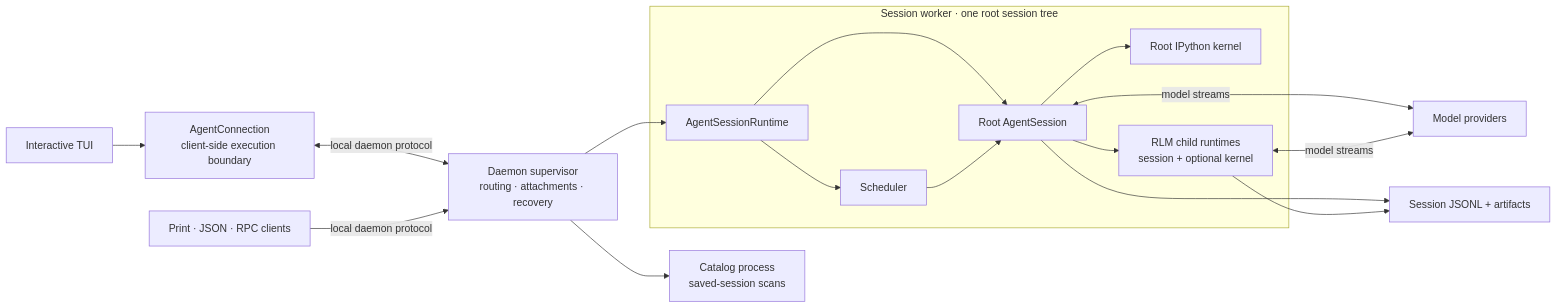
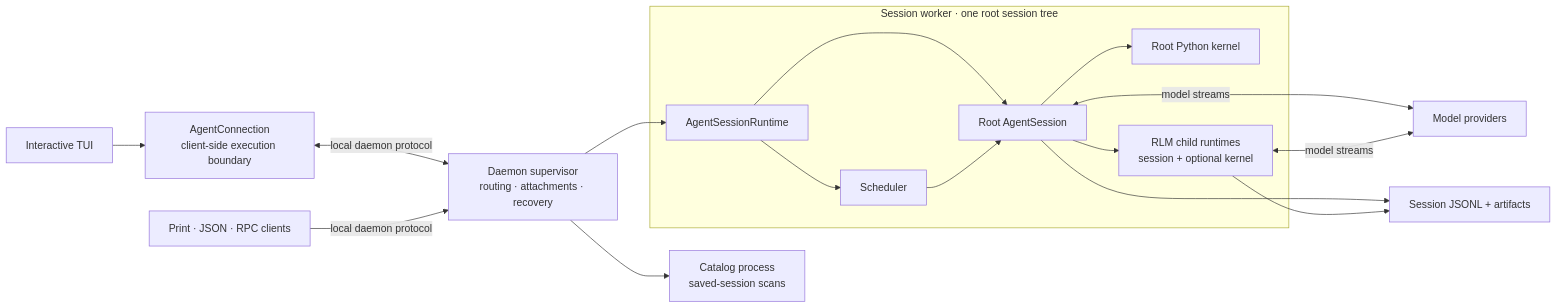
Before and after one commit to Orcein-Labs/Cyan: the first of 2 diagrams in packages/coding-agent/docs/architecture.md, drawn with Mermaid. The commit also changed other lines of this file and 111 other files, not shown here.

````diff
--- a/packages/coding-agent/docs/architecture.md
+++ b/packages/coding-agent/docs/architecture.md
@@ -7,35 +7,35 @@
 ```mermaid
 flowchart LR
     interactive["Interactive TUI"]
     headless["Print · JSON · RPC clients"]
     connection["AgentConnection<br/>client-side execution boundary"]
     supervisor["Daemon supervisor<br/>routing · attachments · recovery"]
     catalog["Catalog process<br/>saved-session scans"]
 
     subgraph worker["Session worker · one root session tree"]
         runtime["AgentSessionRuntime"]
         root["Root AgentSession"]
         scheduler["Scheduler"]
-        kernel["Root IPython kernel"]
+        kernel["Root Python kernel"]
         children["RLM child runtimes<br/>session + optional kernel"]
 
         runtime --> root
         runtime --> scheduler
         root --> kernel
         root --> children
         scheduler --> root
     end
 
     providers["Model providers"]
     storage["Session JSONL + artifacts"]
 
     interactive --> connection
     connection <-->|"local daemon protocol"| supervisor
     headless -->|"local daemon protocol"| supervisor
     supervisor --> catalog
     supervisor --> runtime
     root <-->|"model streams"| providers
     children <-->|"model streams"| providers
     root --> storage
     children --> storage
 ```
````
